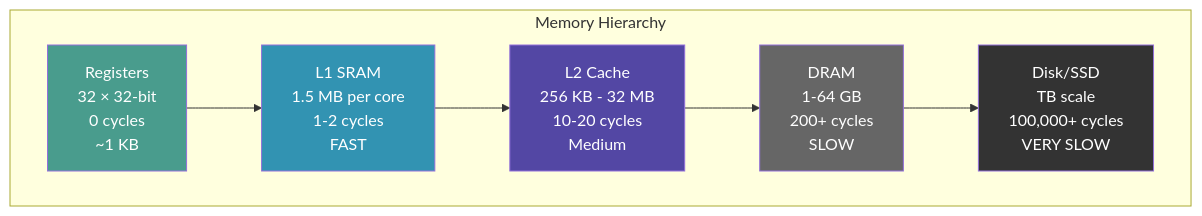
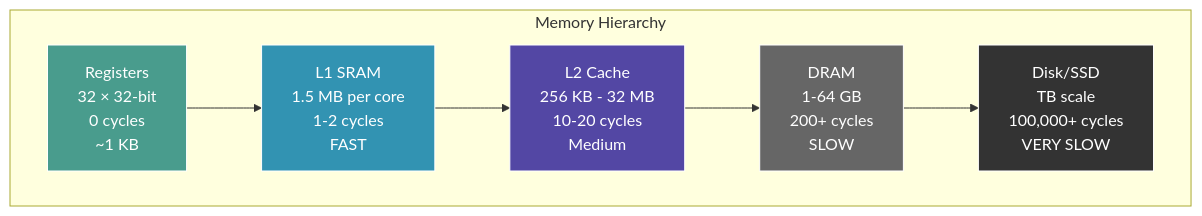
Before and after one commit to tenstorrent/tt-vscode-toolkit: the first of 2 diagrams in content/lessons/cs-fundamentals-02-memory.md, drawn with Mermaid. The commit also changed other lines of this file and 37 other files, not shown here.

````diff
--- a/content/lessons/cs-fundamentals-02-memory.md
+++ b/content/lessons/cs-fundamentals-02-memory.md
@@ -55,21 +55,21 @@
 ```mermaid
 graph TD
     subgraph "Memory Hierarchy"
     R["Registers<br/>32 × 32-bit<br/>0 cycles<br/>~1 KB"]
     L1["L1 SRAM<br/>1.5 MB per core<br/>1-2 cycles<br/>FAST"]
     L2["L2 Cache<br/>256 KB - 32 MB<br/>10-20 cycles<br/>Medium"]
     DRAM["DRAM<br/>1-64 GB<br/>200+ cycles<br/>SLOW"]
     DISK["Disk/SSD<br/>TB scale<br/>100,000+ cycles<br/>VERY SLOW"]
     end
 
     R --> L1
     L1 --> L2
     L2 --> DRAM
     DRAM --> DISK
 
-    style R fill:#499c8d,color:#fff
-    style L1 fill:#3293b2,color:#fff
-    style L2 fill:#5347a4,color:#fff
-    style DRAM fill:#666,color:#fff
-    style DISK fill:#333,color:#fff
+    style R fill:#499c8d,stroke:#fff,color:#fff
+    style L1 fill:#3293b2,stroke:#fff,color:#fff
+    style L2 fill:#5347a4,stroke:#fff,color:#fff
+    style DRAM fill:#666,stroke:#fff,color:#fff
+    style DISK fill:#333,stroke:#fff,color:#fff
 ```
````
